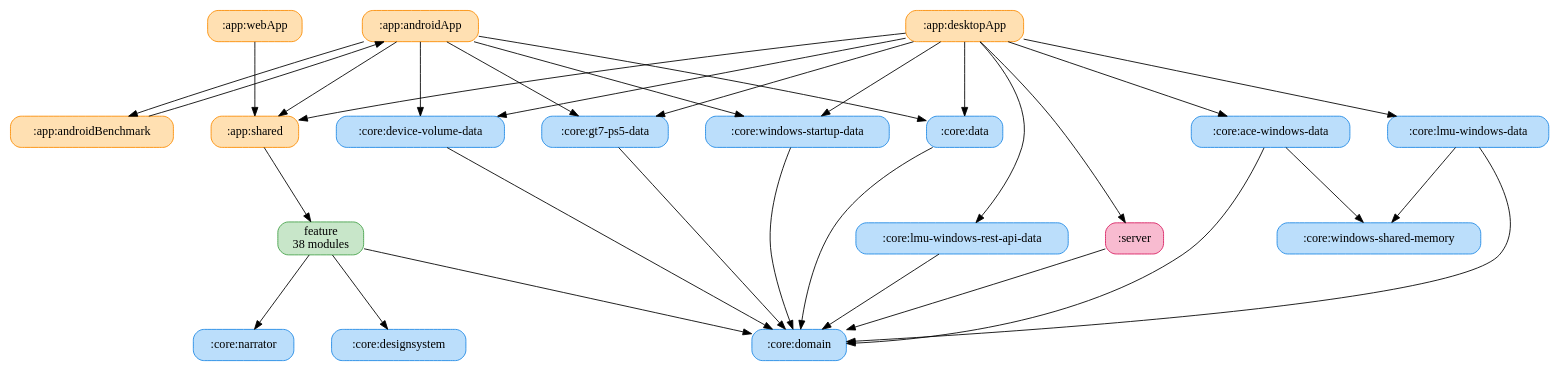
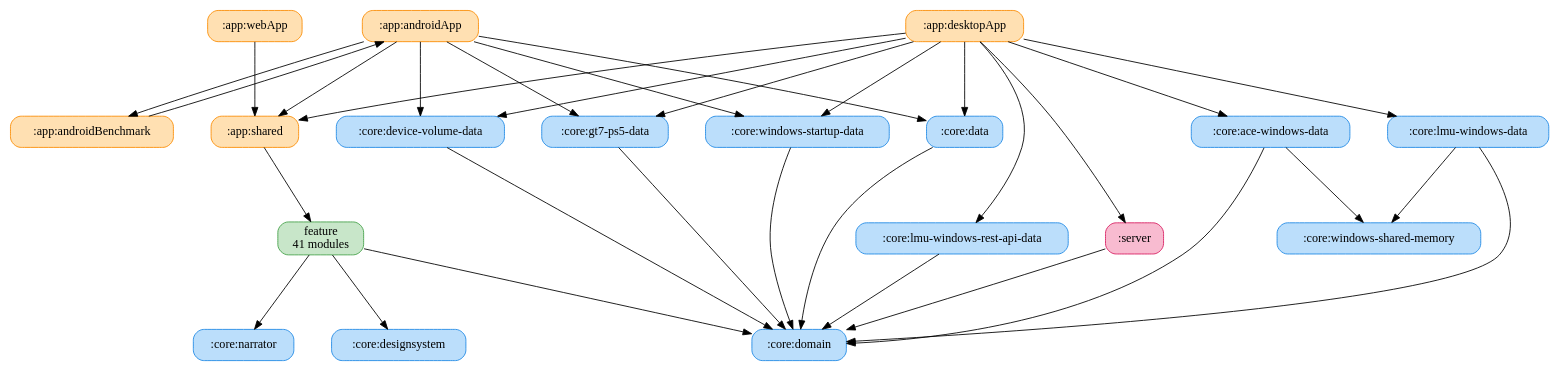
Before and after one commit to ai-kurou/KoDriver: the diagram in docs/graphs/full-graph.gv, drawn with Graphviz. The commit also changed 165 other files, not shown here.

```diff
--- a/docs/graphs/full-graph.gv
+++ b/docs/graphs/full-graph.gv
@@ -1,54 +1,54 @@
 digraph G {
   rankdir=TB
   graph [ranksep=1.2, nodesep=0.6]
   node [shape=box, style="rounded,filled"]
   ":app:androidApp" [label=":app:androidApp", fillcolor="#FFE0B2", color="#FB8C00"]
   ":app:androidBenchmark" [label=":app:androidBenchmark", fillcolor="#FFE0B2", color="#FB8C00"]
   ":app:desktopApp" [label=":app:desktopApp", fillcolor="#FFE0B2", color="#FB8C00"]
   ":app:shared" [label=":app:shared", fillcolor="#FFE0B2", color="#FB8C00"]
   ":app:webApp" [label=":app:webApp", fillcolor="#FFE0B2", color="#FB8C00"]
   ":core:ace-windows-data" [label=":core:ace-windows-data", fillcolor="#BBDEFB", color="#1E88E5"]
   ":core:data" [label=":core:data", fillcolor="#BBDEFB", color="#1E88E5"]
   ":core:designsystem" [label=":core:designsystem", fillcolor="#BBDEFB", color="#1E88E5"]
   ":core:device-volume-data" [label=":core:device-volume-data", fillcolor="#BBDEFB", color="#1E88E5"]
   ":core:domain" [label=":core:domain", fillcolor="#BBDEFB", color="#1E88E5"]
   ":core:gt7-ps5-data" [label=":core:gt7-ps5-data", fillcolor="#BBDEFB", color="#1E88E5"]
   ":core:lmu-windows-data" [label=":core:lmu-windows-data", fillcolor="#BBDEFB", color="#1E88E5"]
   ":core:lmu-windows-rest-api-data" [label=":core:lmu-windows-rest-api-data", fillcolor="#BBDEFB", color="#1E88E5"]
   ":core:narrator" [label=":core:narrator", fillcolor="#BBDEFB", color="#1E88E5"]
   ":core:windows-shared-memory" [label=":core:windows-shared-memory", fillcolor="#BBDEFB", color="#1E88E5"]
   ":core:windows-startup-data" [label=":core:windows-startup-data", fillcolor="#BBDEFB", color="#1E88E5"]
   ":server" [label=":server", fillcolor="#F8BBD0", color="#D81B60"]
-  "feature" [label="feature\n38 modules", fillcolor="#C8E6C9", color="#43A047"]
+  "feature" [label="feature\n41 modules", fillcolor="#C8E6C9", color="#43A047"]
   ":app:androidApp" -> ":app:androidBenchmark"
   ":app:androidApp" -> ":app:shared"
   ":app:androidApp" -> ":core:data"
   ":app:androidApp" -> ":core:device-volume-data"
   ":app:androidApp" -> ":core:gt7-ps5-data"
   ":app:androidApp" -> ":core:windows-startup-data"
   ":app:androidBenchmark" -> ":app:androidApp"
   ":app:desktopApp" -> ":app:shared"
   ":app:desktopApp" -> ":core:ace-windows-data"
   ":app:desktopApp" -> ":core:data"
   ":app:desktopApp" -> ":core:device-volume-data"
   ":app:desktopApp" -> ":core:gt7-ps5-data"
   ":app:desktopApp" -> ":core:lmu-windows-data"
   ":app:desktopApp" -> ":core:lmu-windows-rest-api-data"
   ":app:desktopApp" -> ":core:windows-startup-data"
   ":app:desktopApp" -> ":server"
   ":app:shared" -> "feature"
   ":app:webApp" -> ":app:shared"
   ":core:ace-windows-data" -> ":core:domain"
   ":core:ace-windows-data" -> ":core:windows-shared-memory"
   ":core:data" -> ":core:domain"
   ":core:device-volume-data" -> ":core:domain"
   ":core:gt7-ps5-data" -> ":core:domain"
   ":core:lmu-windows-data" -> ":core:domain"
   ":core:lmu-windows-data" -> ":core:windows-shared-memory"
   ":core:lmu-windows-rest-api-data" -> ":core:domain"
   ":core:windows-startup-data" -> ":core:domain"
   ":server" -> ":core:domain"
   "feature" -> ":core:designsystem"
   "feature" -> ":core:domain"
   "feature" -> ":core:narrator"
 }
```
